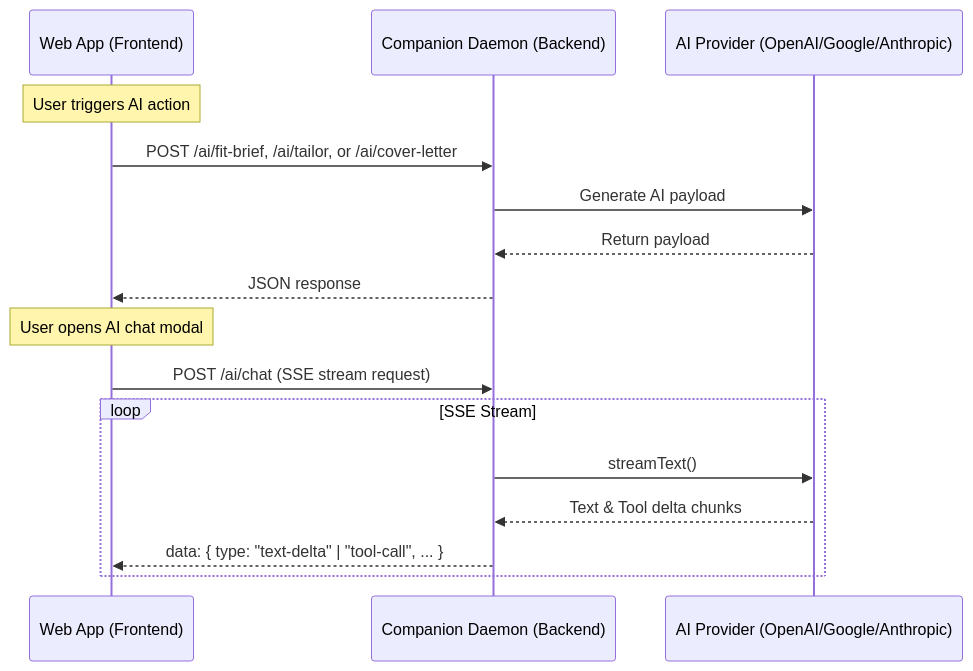
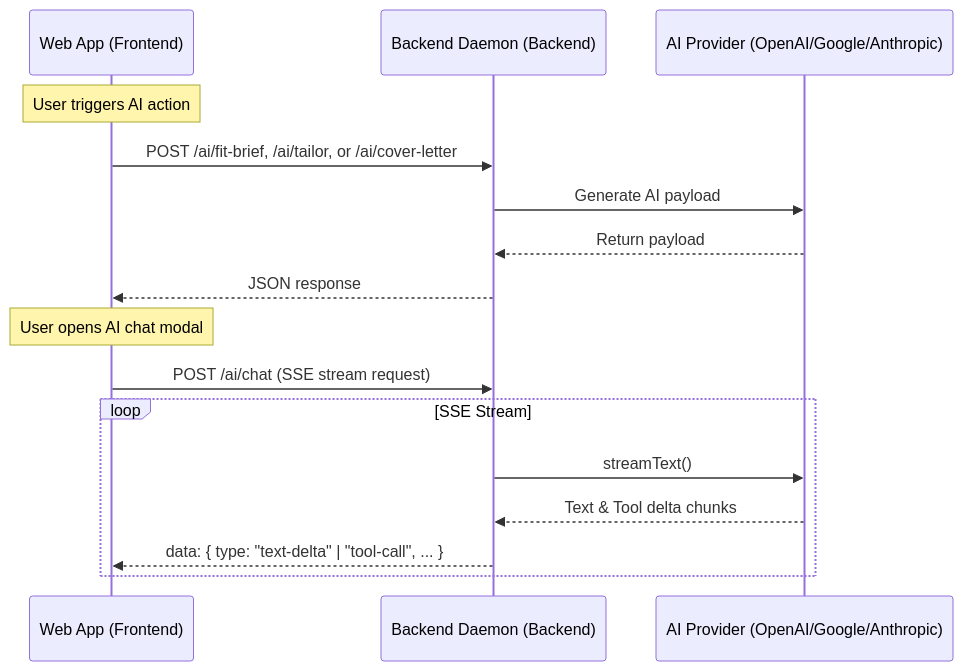
Before and after one commit to Benjaminlooi/open-resume: the diagram in docs/superpowers/specs/2026-06-28-remove-local-storage-ai-design.md, drawn with Mermaid. The commit also changed other lines of this file and 74 other files, not shown here.

First line of the commit message:
refactor: rename companion to backend across entire codebase

````diff
--- a/docs/superpowers/specs/2026-06-28-remove-local-storage-ai-design.md
+++ b/docs/superpowers/specs/2026-06-28-remove-local-storage-ai-design.md
@@ -13,20 +13,20 @@
 ```mermaid
 sequenceDiagram
     participant WebApp as Web App (Frontend)
-    participant Companion as Companion Daemon (Backend)
+    participant Backend as Backend Daemon (Backend)
     participant Provider as AI Provider (OpenAI/Google/Anthropic)
 
     Note over WebApp: User triggers AI action
-    WebApp->>Companion: POST /ai/fit-brief, /ai/tailor, or /ai/cover-letter
-    Companion->>Provider: Generate AI payload
-    Provider-->>Companion: Return payload
-    Companion-->>WebApp: JSON response
+    WebApp->>Backend: POST /ai/fit-brief, /ai/tailor, or /ai/cover-letter
+    Backend->>Provider: Generate AI payload
+    Provider-->>Backend: Return payload
+    Backend-->>WebApp: JSON response
 
     Note over WebApp: User opens AI chat modal
-    WebApp->>Companion: POST /ai/chat (SSE stream request)
+    WebApp->>Backend: POST /ai/chat (SSE stream request)
     loop SSE Stream
-        Companion->>Provider: streamText()
-        Provider-->>Companion: Text & Tool delta chunks
-        Companion-->>WebApp: data: { type: "text-delta" | "tool-call", ... }
+        Backend->>Provider: streamText()
+        Provider-->>Backend: Text & Tool delta chunks
+        Backend-->>WebApp: data: { type: "text-delta" | "tool-call", ... }
     end
 ```
````
